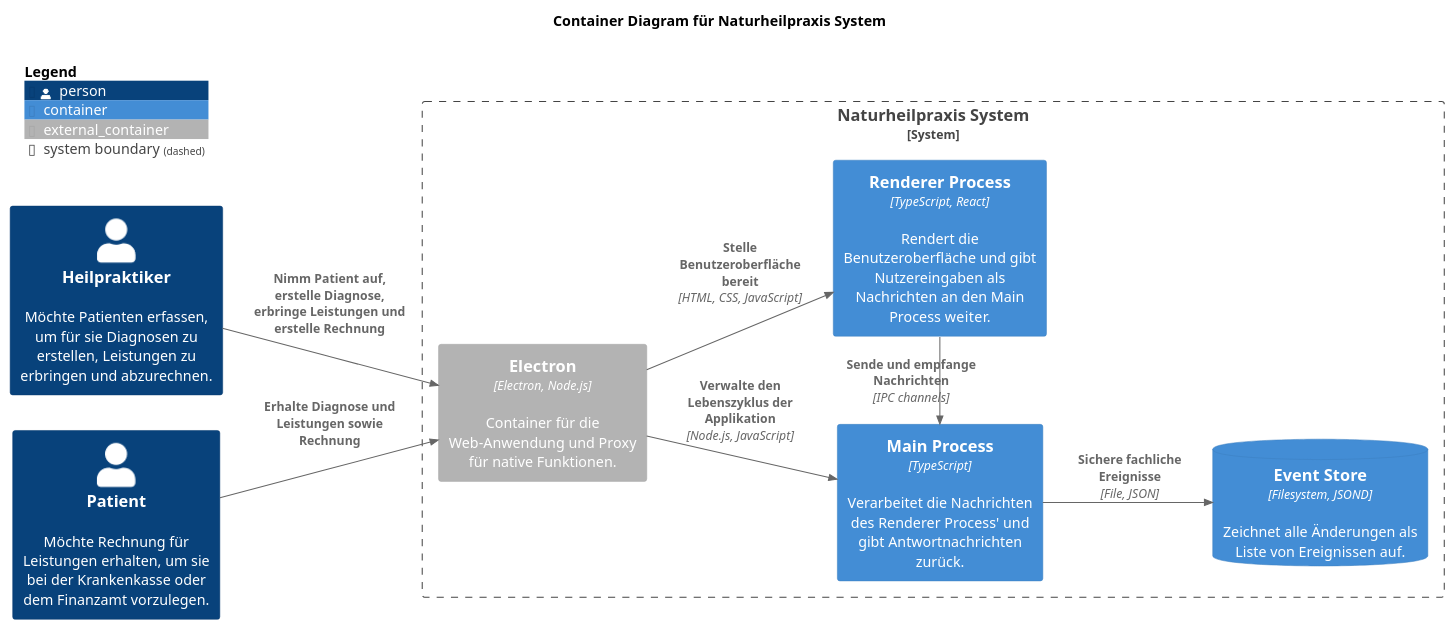
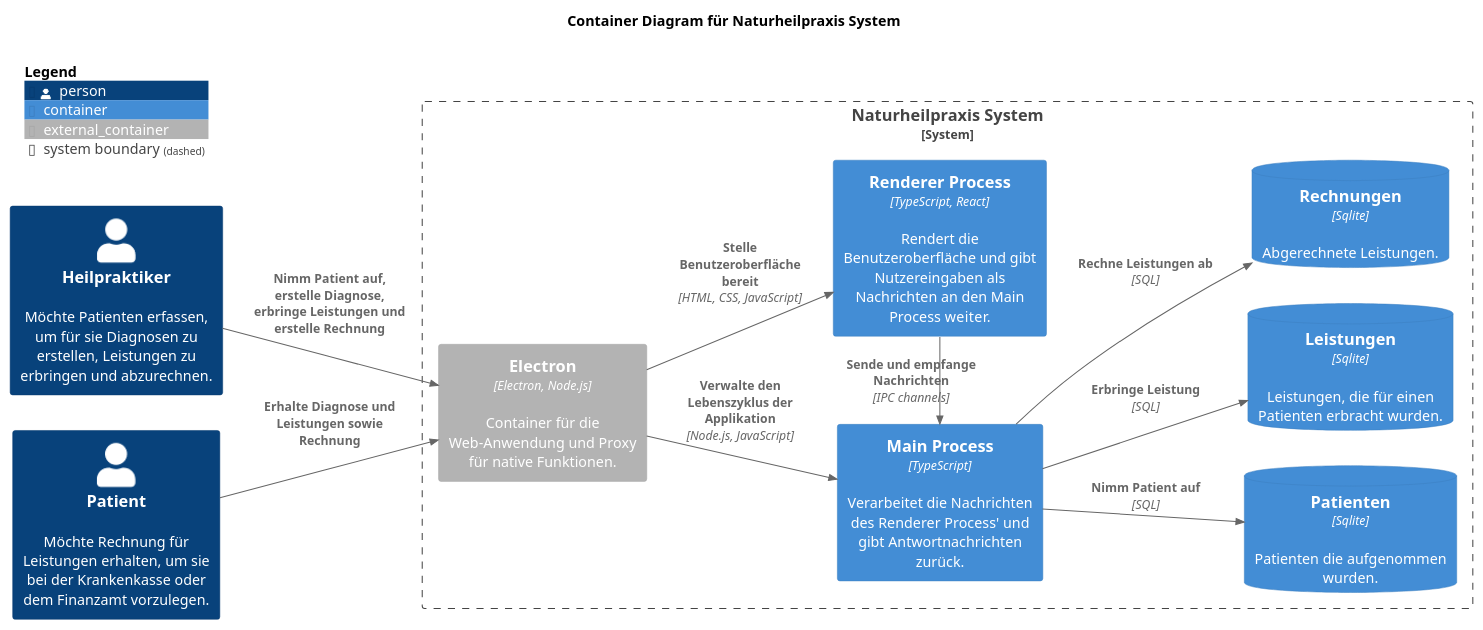
The diagram in doc/images/components.puml (falkoschumann/naturheilpraxis), drawn with PlantUML before and after one commit. The commit also changed 4 other files, not shown here.

Commit message:
docs: replace event store with database

```diff
--- a/doc/images/components.puml
+++ b/doc/images/components.puml
@@ -1,27 +1,31 @@
 @startuml
 !include https://raw.githubusercontent.com/plantuml-stdlib/C4-PlantUML/master/C4_Component.puml
 
 LAYOUT_LANDSCAPE()
 
 title "Container Diagram für Naturheilpraxis System"
 
 Person(heilpraktiker, "Heilpraktiker", "Möchte Patienten erfassen, um für sie Diagnosen zu erstellen, Leistungen zu erbringen und abzurechnen.")
 Person(patient, "Patient", "Möchte Rechnung für Leistungen erhalten, um sie bei der Krankenkasse oder dem Finanzamt vorzulegen.")
 
 System_Boundary(naturheilpraxis, "Naturheilpraxis System") {
   Container_Ext(electron, "Electron", "Electron, Node.js", "Container für die Web-Anwendung und Proxy für native Funktionen.")
   Container(rendererProcess, "Renderer Process", "TypeScript, React", "Rendert die Benutzeroberfläche und gibt Nutzereingaben als Nachrichten an den Main Process weiter.")
   Container(mainProcess, "Main Process", "TypeScript", "Verarbeitet die Nachrichten des Renderer Process' und gibt Antwortnachrichten zurück.")
-  ContainerDb(eventStore, "Event Store", "Filesystem, JSOND", "Zeichnet alle Änderungen als Liste von Ereignissen auf.")
+  ContainerDb(patienten, "Patienten", "Sqlite", "Patienten die aufgenommen wurden.")
+  ContainerDb(leistungen, "Leistungen", "Sqlite", "Leistungen, die für einen Patienten erbracht wurden.")
+  ContainerDb(rechnungen, "Rechnungen", "Sqlite", "Abgerechnete Leistungen.")
 
   Rel(electron, rendererProcess, "Stelle Benutzeroberfläche bereit", "HTML, CSS, JavaScript")
   Rel(electron, mainProcess, "Verwalte den Lebenszyklus der Applikation", "Node.js, JavaScript")
   Rel_Up(rendererProcess, mainProcess, "Sende und empfange Nachrichten", "IPC channels")
-  Rel(mainProcess, eventStore, "Sichere fachliche Ereignisse", "File, JSON")
+  Rel(mainProcess, patienten, "Nimm Patient auf", "SQL")
+  Rel(mainProcess, leistungen, "Erbringe Leistung", "SQL")
+  Rel(mainProcess, rechnungen, "Rechne Leistungen ab", "SQL")
 }
 
 Rel(heilpraktiker, electron, "Nimm Patient auf, erstelle Diagnose, erbringe Leistungen und erstelle Rechnung")
 Rel(patient, electron, "Erhalte Diagnose und Leistungen sowie Rechnung")
 
 SHOW_FLOATING_LEGEND()
 @enduml
```
